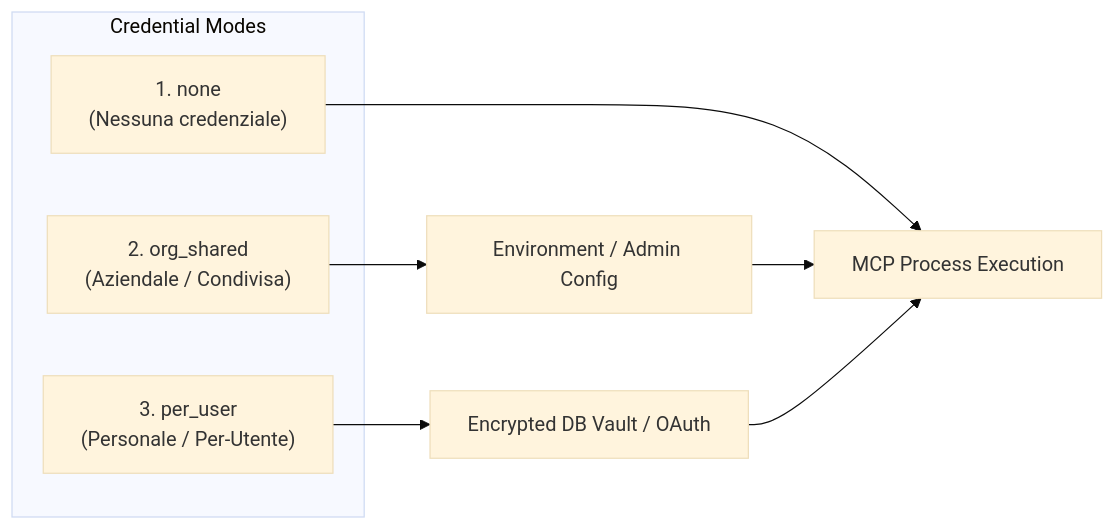
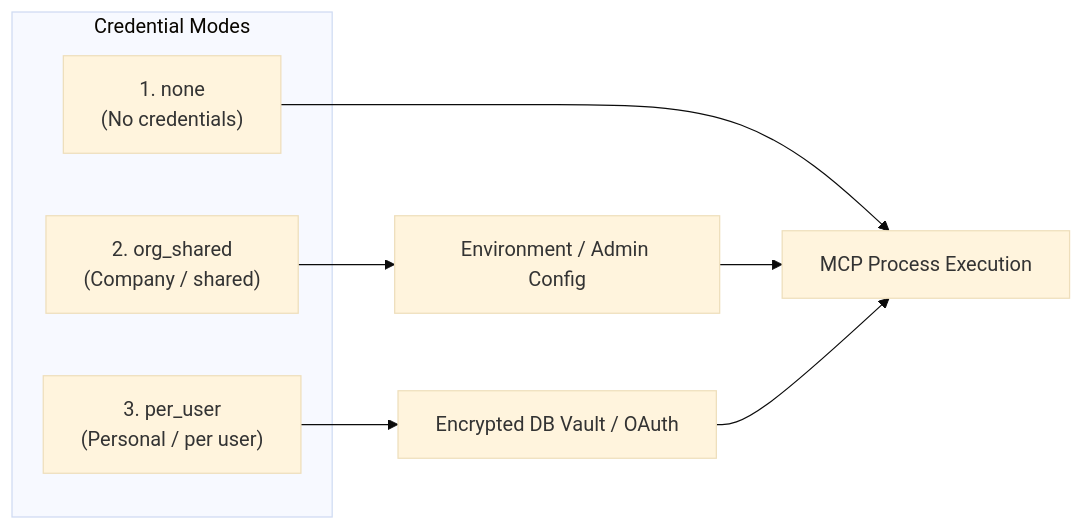
Before and after one commit to AION-by-ASA-Computer/AION_Agent: the second of 2 diagrams in docs/integrations/mcp.md, drawn with Mermaid (base theme). The commit also changed other lines of this file and 137 other files, not shown here.

````diff
--- a/docs/integrations/mcp.md
+++ b/docs/integrations/mcp.md
@@ -161,12 +172,12 @@
 ```mermaid
 graph LR
     subgraph Credential Modes
-        NONE["1. none<br/>(Nessuna credenziale)"]
-        ORG["2. org_shared<br/>(Aziendale / Condivisa)"]
-        USER["3. per_user<br/>(Personale / Per-Utente)"]
+        NONE["1. none<br/>(No credentials)"]
+        ORG["2. org_shared<br/>(Company / shared)"]
+        USER["3. per_user<br/>(Personal / per user)"]
     end
     
     NONE --> EXEC[MCP Process Execution]
     ORG --> ENV[Environment / Admin Config] --> EXEC
     USER --> VAULT[Encrypted DB Vault / OAuth] --> EXEC
 ```
````
